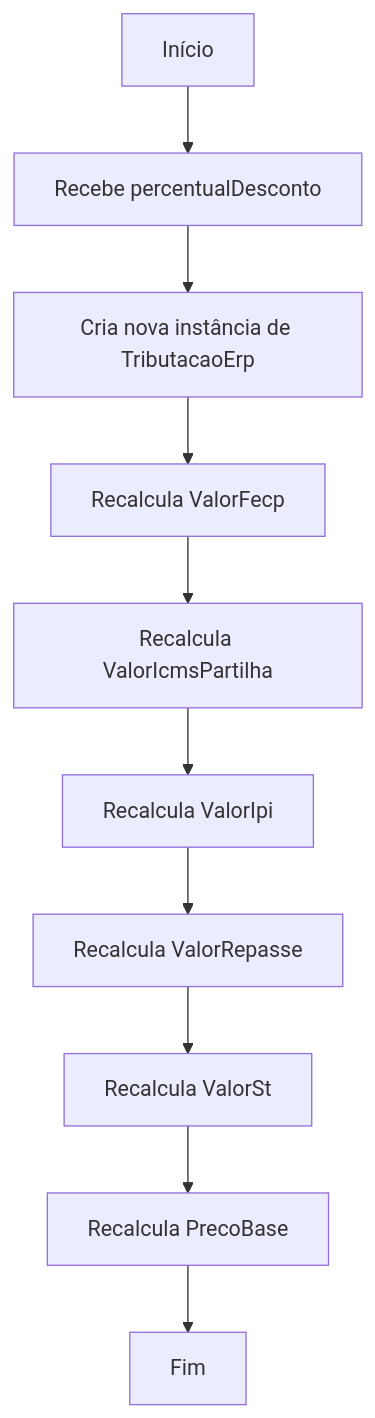
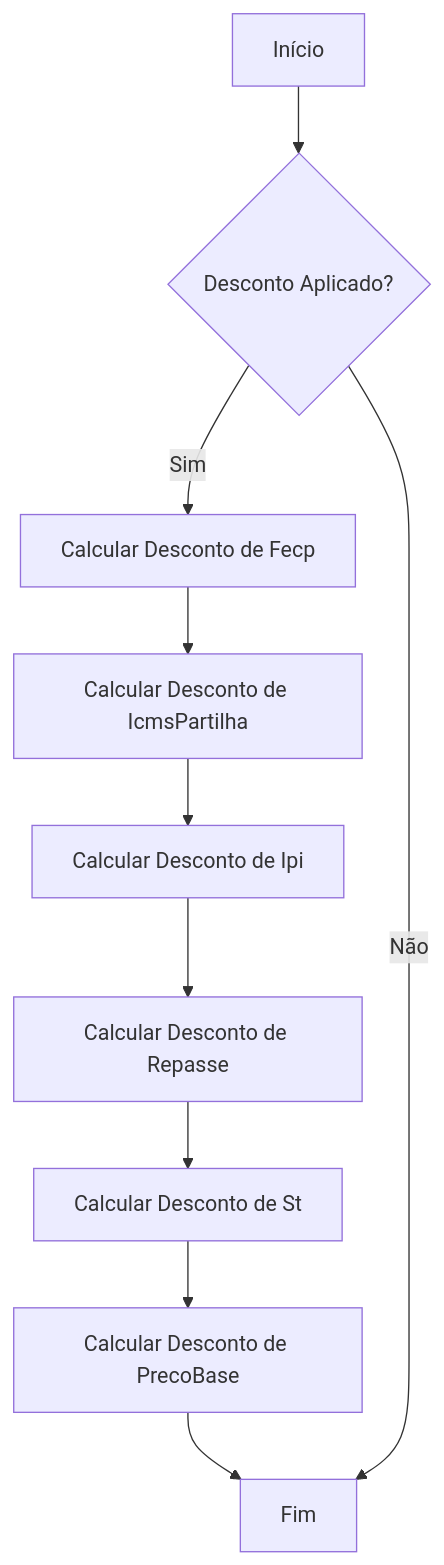
Before and after one commit to IsthmusSistemas/documentacao-tecnica: the first of 2 diagrams in docs/b2b-dominio/IsthmusWinthor.Nucleo/IsthmusWinthor.Dominio/POCO/Precos/TributacaoErp.md, drawn with Mermaid. The commit also changed other lines of this file and 882 other files, not shown here.

````diff
--- a/docs/b2b-dominio/IsthmusWinthor.Nucleo/IsthmusWinthor.Dominio/POCO/Precos/TributacaoErp.md
+++ b/docs/b2b-dominio/IsthmusWinthor.Nucleo/IsthmusWinthor.Dominio/POCO/Precos/TributacaoErp.md
@@ -22,18 +20,12 @@
 ```mermaid
 flowchart TD
-    A[Início]
-    B[Recebe percentualDesconto]
-    C[Cria nova instância de TributacaoErp]
-    
-    D[Recalcula ValorFecp]
-    E[Recalcula ValorIcmsPartilha]
-    F[Recalcula ValorIpi]
-    G[Recalcula ValorRepasse]
-    H[Recalcula ValorSt]
-    I[Recalcula PrecoBase]
-    
-    J[Fim]
-    
-    A --> B --> C 
-    C --> D --> E --> F --> G --> H --> I --> J
+    A[Início] --> B{Desconto Aplicado?}
+    B -- Sim --> C[Calcular Desconto de Fecp]
+    C --> D[Calcular Desconto de IcmsPartilha]
+    D --> E[Calcular Desconto de Ipi]
+    E --> F[Calcular Desconto de Repasse]
+    F --> G[Calcular Desconto de St]
+    G --> H[Calcular Desconto de PrecoBase]
+    H --> I[Fim]
+    B -- Não --> I
 ```
````
